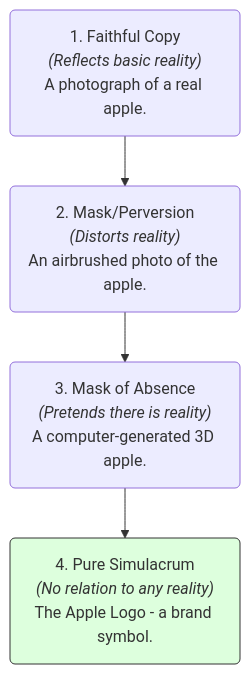
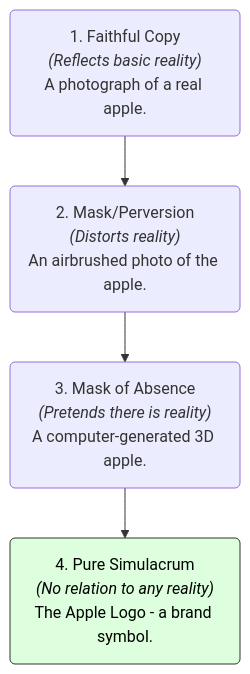
One commit to AtlasRoX/everything101 changed the diagram in humanities-finance-society/Philosophy/Postmodernism101.md. Above: the diagram before and after it, drawn with Mermaid. The commit also changed 27 other files, not shown here.

````diff
--- a/humanities-finance-society/Philosophy/Postmodernism101.md
+++ b/humanities-finance-society/Philosophy/Postmodernism101.md
@@ -44,8 +44,8 @@
 ```mermaid
 graph TD
     Stage1("1. Faithful Copy<br><i>(Reflects basic reality)</i><br>A photograph of a real apple.") --> Stage2("2. Mask/Perversion<br><i>(Distorts reality)</i><br>An airbrushed photo of the apple.")
     Stage2 --> Stage3("3. Mask of Absence<br><i>(Pretends there is reality)</i><br>A computer-generated 3D apple.")
     Stage3 --> Stage4("4. Pure Simulacrum<br><i>(No relation to any reality)</i><br>The Apple Logo - a brand symbol.")
     
-    style Stage4 fill:#dfd,stroke:#333
+    style Stage4 fill:#dfd,stroke:#333,color:#000
 ```
````
